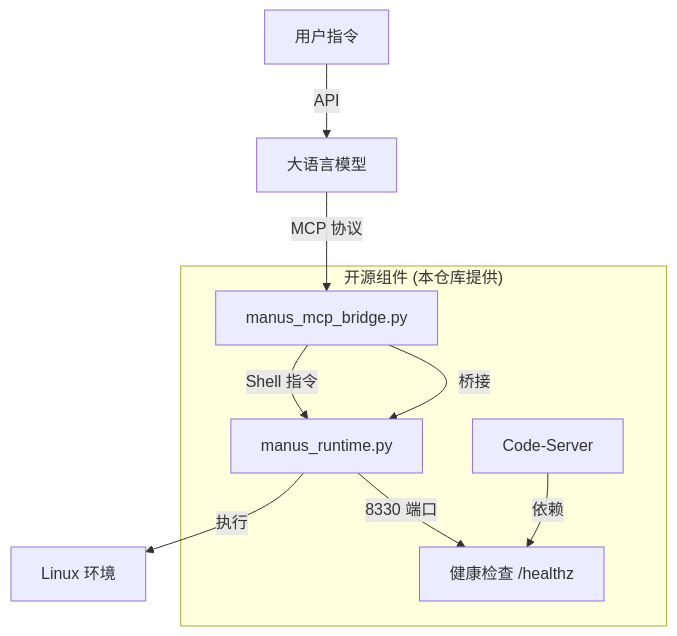
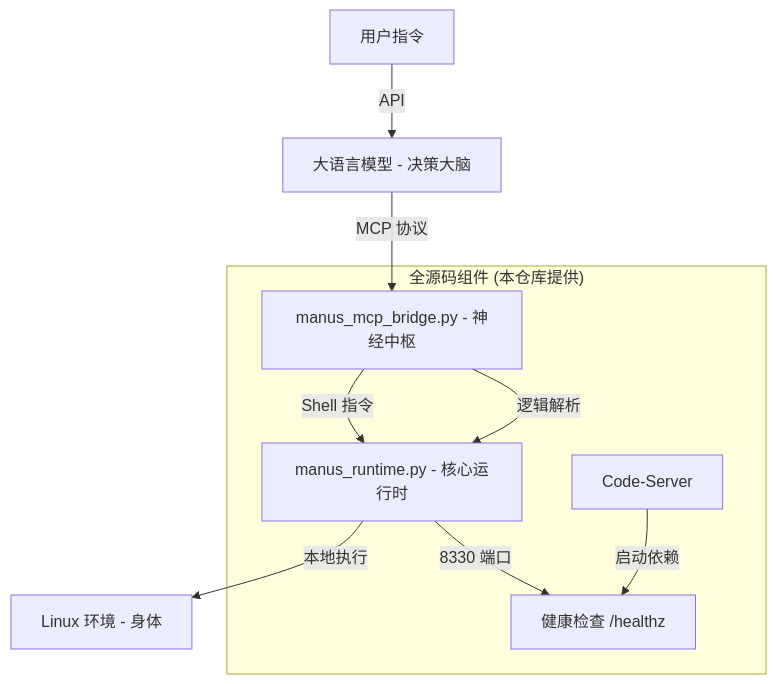
Before and after one commit to ctz168/manusagent: the diagram in README_CN.md, drawn with Mermaid. The commit also changed other lines of this file and 2 other files, not shown here.

Commit message:
Open source overhaul: replaced proprietary binaries with full Python source code (manus_runtime.py, manus_mcp_bridge.py)

````diff
--- a/README_CN.md
+++ b/README_CN.md
@@ -9,13 +9,13 @@
 ```mermaid
 graph TD
-    User[用户指令] -->|API| LLM[大语言模型]
-    LLM -->|MCP 协议| MCP[manus_mcp_bridge.py]
-    MCP -->|Shell 指令| Runtime[manus_runtime.py]
-    Runtime -->|执行| Sandbox[Linux 环境]
+    User[用户指令] -->|API| LLM[大语言模型 - 决策大脑]
+    LLM -->|MCP 协议| MCP[manus_mcp_bridge.py - 神经中枢]
+    MCP -->|Shell 指令| Runtime[manus_runtime.py - 核心运行时]
+    Runtime -->|本地执行| Sandbox[Linux 环境 - 身体]
     
-    subgraph "开源组件 (本仓库提供)"
+    subgraph "全源码组件 (本仓库提供)"
         Runtime -->|8330 端口| Health[健康检查 /healthz]
-        MCP -->|桥接| Runtime
-        IDE[Code-Server] -->|依赖| Health
+        MCP -->|逻辑解析| Runtime
+        IDE[Code-Server] -->|启动依赖| Health
     end
 ```
````
